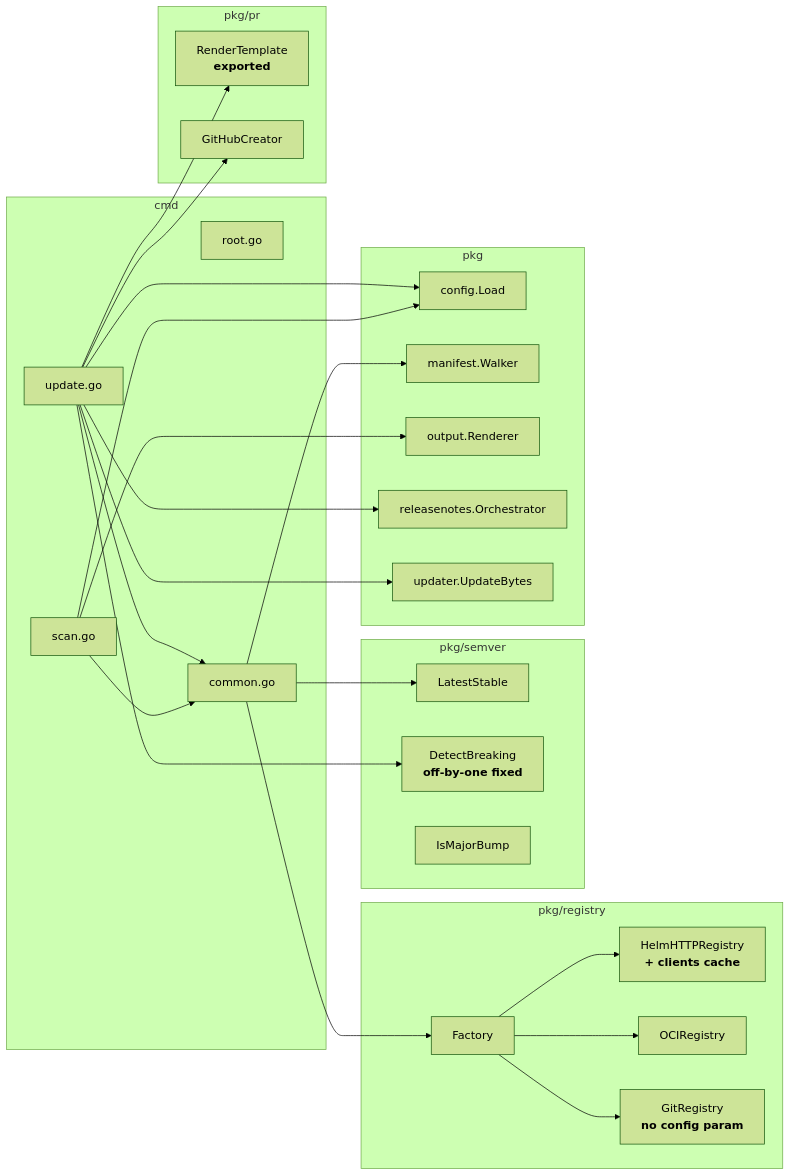
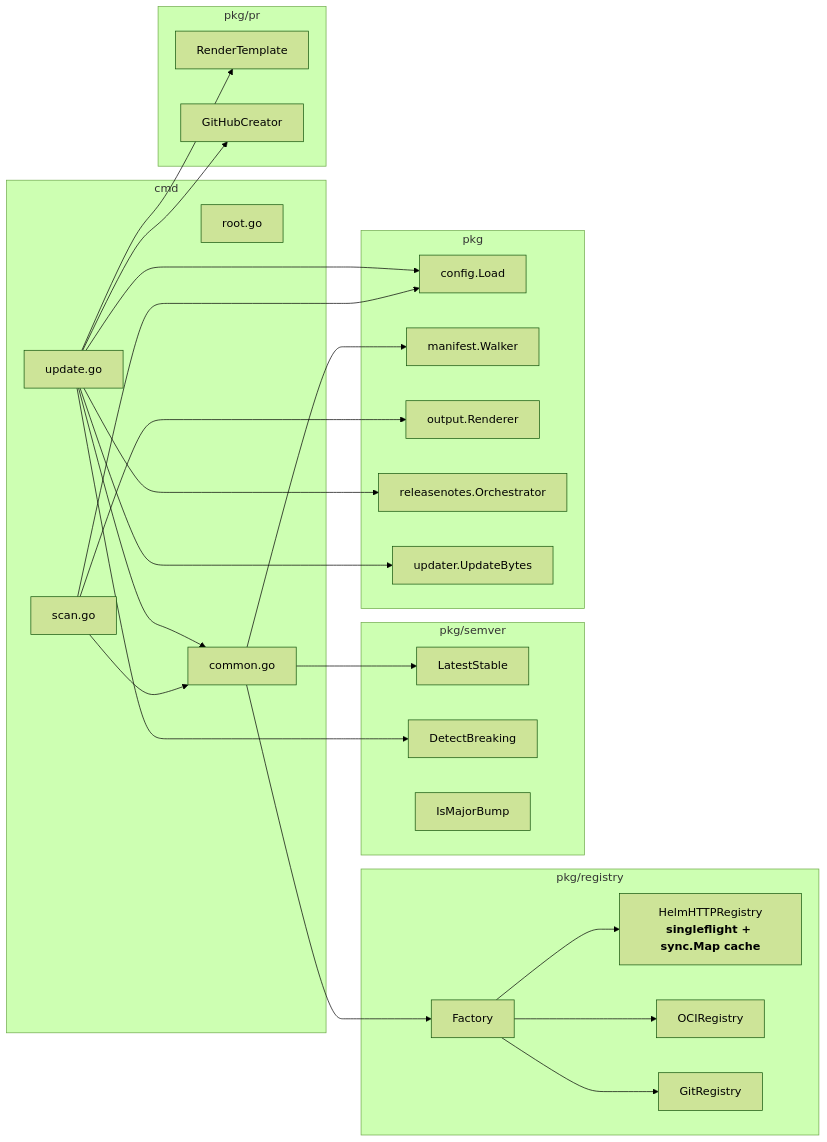
Before and after one commit to szhekpisov/argoiax: the fourth of 7 diagrams in docs/architecture.md, drawn with Mermaid (forest theme). The commit also changed other lines of this file, not shown here.

First line of the commit message:
docs: expand architecture.md with full design documentation

````diff
--- a/docs/architecture.md
+++ b/docs/architecture.md
@@ -70,48 +82,48 @@
 ```mermaid
 graph LR
     subgraph cmd
         root[root.go]
         scan[scan.go]
         update_cmd[update.go]
         common[common.go]
     end
 
     subgraph pkg/registry
         Factory
-        HelmHTTP["HelmHTTPRegistry<br/><b>+ clients cache</b>"]
+        HelmHTTP["HelmHTTPRegistry<br/><b>singleflight + sync.Map cache</b>"]
         OCI[OCIRegistry]
-        Git["GitRegistry<br/><b>no config param</b>"]
+        Git[GitRegistry]
     end
 
     subgraph pkg/semver
         LatestStable
-        DetectBreaking["DetectBreaking<br/><b>off-by-one fixed</b>"]
+        DetectBreaking
         IsMajorBump
     end
 
     subgraph pkg/pr
-        RenderTemplate["RenderTemplate<br/><b>exported</b>"]
+        RenderTemplate
         GitHubCreator
     end
 
     subgraph pkg
         config[config.Load]
         manifest[manifest.Walker]
         output[output.Renderer]
         releasenotes[releasenotes.Orchestrator]
         updater[updater.UpdateBytes]
     end
 
     scan & update_cmd --> common
     common --> Factory
     common --> LatestStable
     Factory --> HelmHTTP & OCI & Git
     update_cmd --> RenderTemplate
     update_cmd --> GitHubCreator
     update_cmd --> releasenotes
     update_cmd --> DetectBreaking
     update_cmd --> updater
     scan --> output
     scan & update_cmd --> config
     common --> manifest
 ```
````
